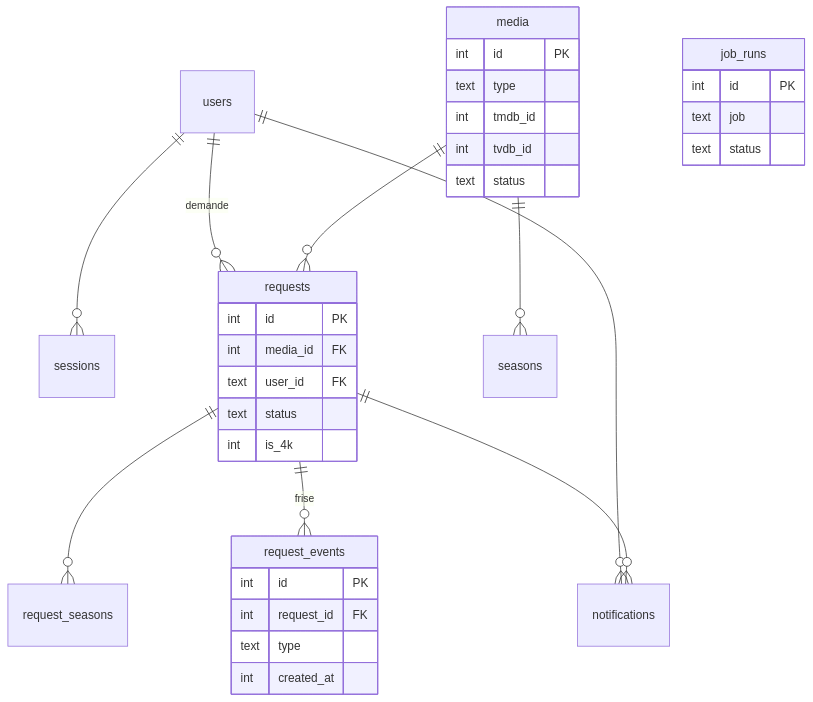
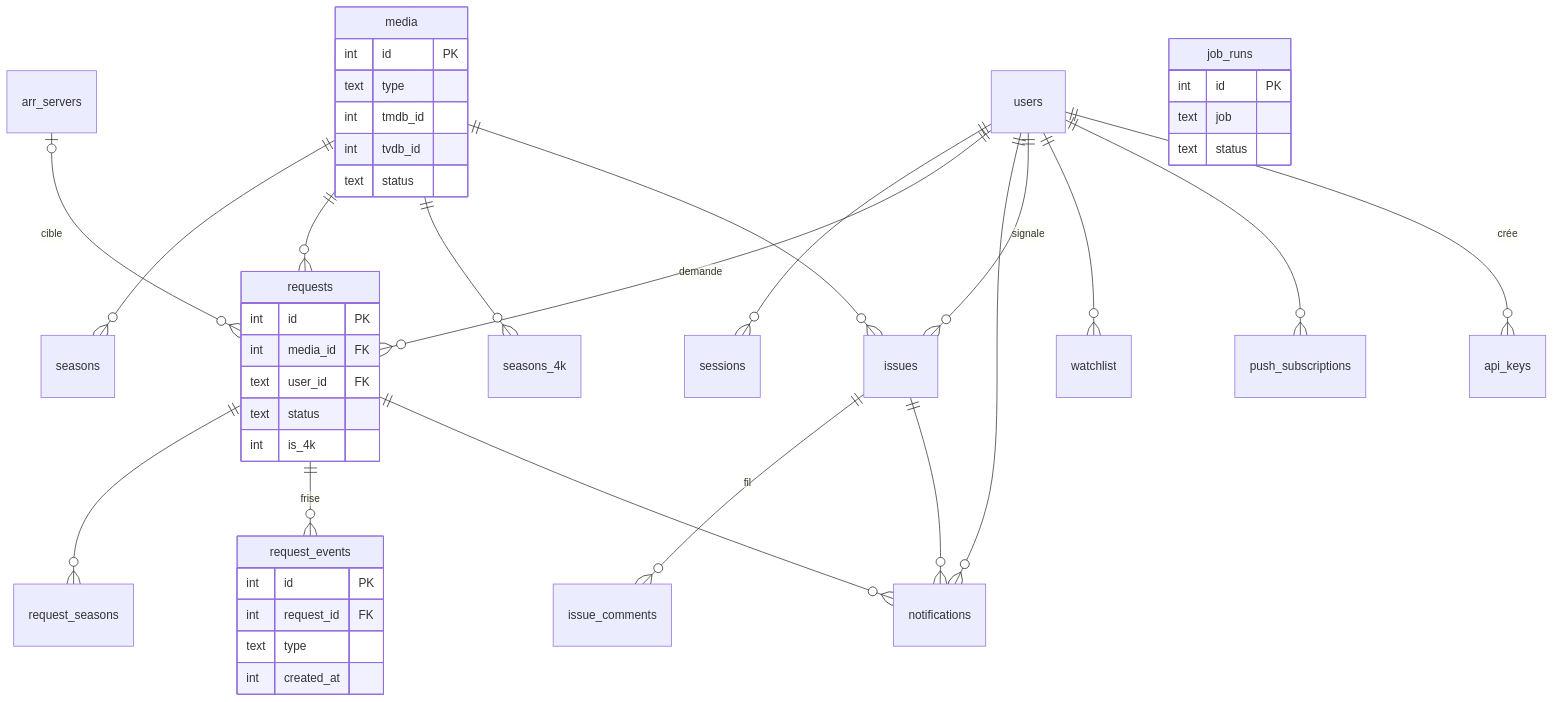
One commit to QuentinPN/request changed the diagram in docs/DATA_MODEL.md. Above: the diagram before and after it, drawn with Mermaid. The commit also changed other lines of this file and 27 other files, not shown here.

````diff
--- a/docs/DATA_MODEL.md
+++ b/docs/DATA_MODEL.md
@@ -82,28 +82,37 @@
 ```mermaid
 erDiagram
   users ||--o{ sessions : ""
   users ||--o{ requests : "demande"
   users ||--o{ notifications : ""
   media ||--o{ seasons : ""
   media ||--o{ requests : ""
   requests ||--o{ request_seasons : ""
   requests ||--o{ request_events : "frise"
   requests ||--o{ notifications : ""
+  arr_servers |o--o{ requests : "cible"
+  media ||--o{ seasons_4k : ""
+  media ||--o{ issues : ""
+  users ||--o{ issues : "signale"
+  issues ||--o{ issue_comments : "fil"
+  issues ||--o{ notifications : ""
+  users ||--o{ watchlist : ""
+  users ||--o{ push_subscriptions : ""
+  users ||--o{ api_keys : "crée"
   media { int id PK
     text type
     int tmdb_id
     int tvdb_id
     text status }
   requests { int id PK
     int media_id FK
     text user_id FK
     text status
     int is_4k }
   request_events { int id PK
     int request_id FK
     text type
     int created_at }
   job_runs { int id PK
     text job
     text status }
 ```
````
